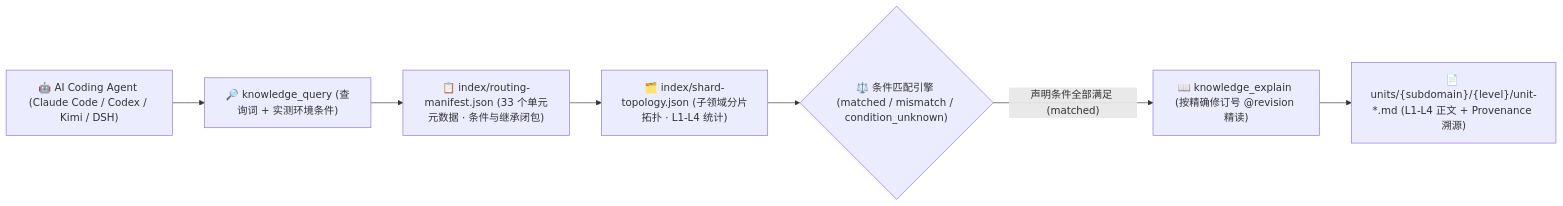
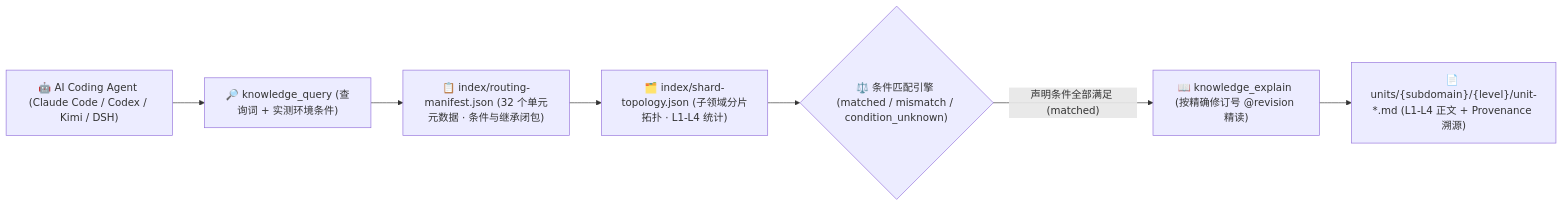
One commit to mindie-agent/knowledge-agent-engineering changed the diagram in README.md. Above: the diagram before and after it, drawn with Mermaid. The commit also changed other lines of this file and 4 other files, not shown here.

````diff
--- a/README.md
+++ b/README.md
@@ -97,13 +97,13 @@
 ```mermaid
 flowchart LR
   Agent["🤖 AI Coding Agent (Claude Code / Codex / Kimi / DSH)"]
   Query["🔎 knowledge_query (查询词 + 实测环境条件)"]
-  Manifest["📋 index/routing-manifest.json (33 个单元元数据 · 条件与继承闭包)"]
+  Manifest["📋 index/routing-manifest.json (32 个单元元数据 · 条件与继承闭包)"]
   Topology["🗂️ index/shard-topology.json (子领域分片拓扑 · L1-L4 统计)"]
   Match{"⚖️ 条件匹配引擎 (matched / mismatch / condition_unknown)"}
   Explain["📖 knowledge_explain (按精确修订号 @revision 精读)"]
   Units["📄 units/{subdomain}/{level}/unit-*.md (L1-L4 正文 + Provenance 溯源)"]
 
   Agent --> Query --> Manifest --> Topology --> Match
   Match -- "声明条件全部满足 (matched)" --> Explain --> Units
 ```
````
